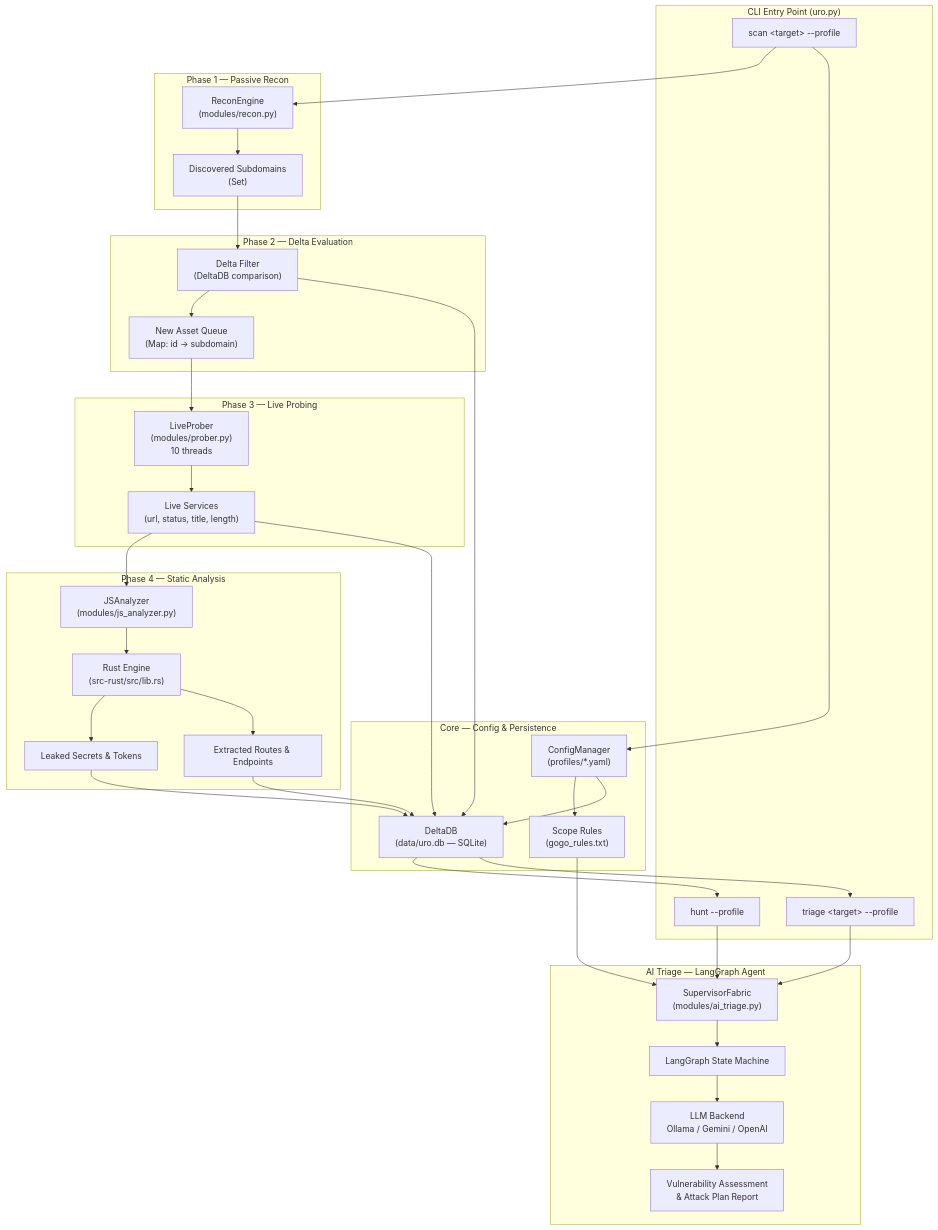
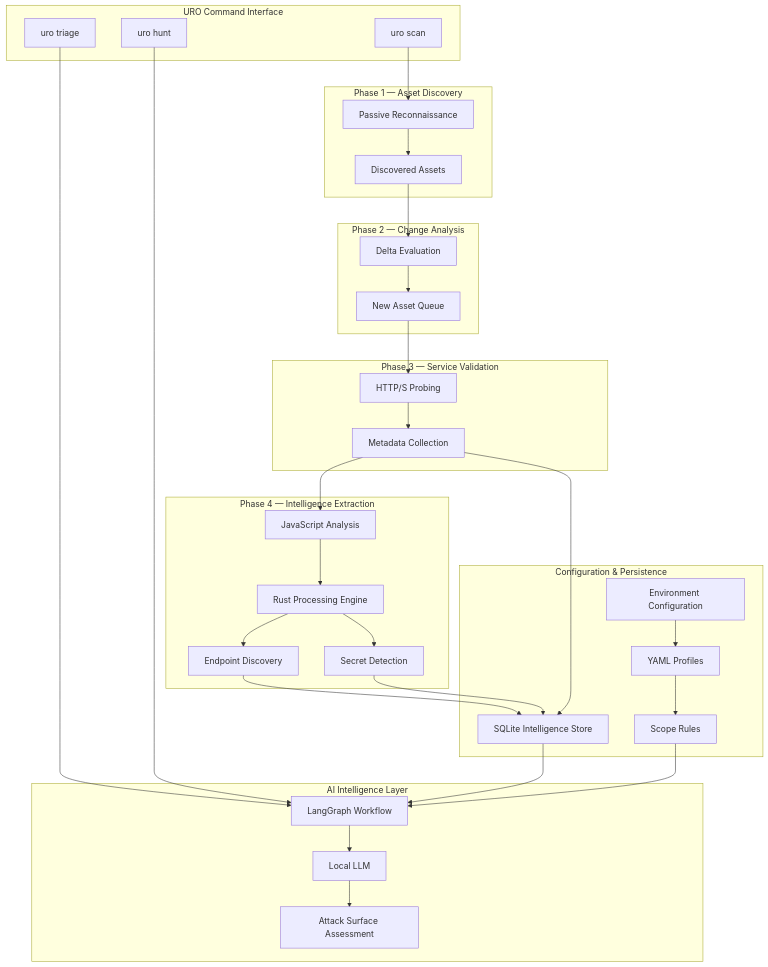
One commit to Atsukiiii01/uro changed the diagram in README.md. Above: the diagram before and after it, drawn with Mermaid. The commit also changed other lines of this file, not shown here.

````diff
--- a/README.md
+++ b/README.md
@@ -69,56 +120,85 @@
 ```mermaid
 flowchart TD
-    subgraph CLI ["CLI Entry Point (uro.py)"]
-        CMD_SCAN["scan &lt;target&gt; --profile"]
-        CMD_TRIAGE["triage &lt;target&gt; --profile"]
-        CMD_HUNT["hunt --profile"]
+
+    subgraph CLI["URO Command Interface"]
+
+        SCAN["uro scan"]
+        TRIAGE["uro triage"]
+        HUNT["uro hunt"]
+
     end
 
-    subgraph CFG ["Core — Config & Persistence"]
-        CM["ConfigManager\n(profiles/*.yaml)"]
-        DB["DeltaDB\n(data/uro.db — SQLite)"]
-        SCOPE["Scope Rules\n(gogo_rules.txt)"]
+    subgraph CONFIG["Configuration & Persistence"]
+
+        ENV["Environment Configuration"]
+        PROFILE["YAML Profiles"]
+        RULES["Scope Rules"]
+        DB["SQLite Intelligence Store"]
+
     end
 
-    subgraph P1 ["Phase 1 — Passive Recon"]
-        RE["ReconEngine\n(modules/recon.py)"]
-        SUBS["Discovered Subdomains\n(Set)"]
+    subgraph RECON["Phase 1 — Asset Discovery"]
+
+        DISCOVER["Passive Reconnaissance"]
+        SUBS["Discovered Assets"]
+
     end
 
-    subgraph P2 ["Phase 2 — Delta Evaluation"]
-        DELTA["Delta Filter\n(DeltaDB comparison)"]
-        NEW["New Asset Queue\n(Map: id → subdomain)"]
+    subgraph DELTA["Phase 2 — Change Analysis"]
+
+        COMPARE["Delta Evaluation"]
+        NEW["New Asset Queue"]
+
     end
 
-    subgraph P3 ["Phase 3 — Live Probing"]
-        LP["LiveProber\n(modules/prober.py)\n10 threads"]
-        LIVE["Live Services\n(url, status, title, length)"]
+    subgraph PROBE["Phase 3 — Service Validation"]
+
+        LIVE["HTTP/S Probing"]
+        META["Metadata Collection"]
+
     end
 
-    subgraph P4 ["Phase 4 — Static Analysis"]
-        JSA["JSAnalyzer\n(modules/js_analyzer.py)"]
-        RUST["Rust Engine\n(src-rust/src/lib.rs)"]
-        PATHS["Extracted Routes & Endpoints"]
-        SECRETS["Leaked Secrets & Tokens"]
+    subgraph ANALYSIS["Phase 4 — Intelligence Extraction"]
+
+        JS["JavaScript Analysis"]
+        RUST["Rust Processing Engine"]
+        ROUTES["Endpoint Discovery"]
+        SECRETS["Secret Detection"]
+
     end
 
-    subgraph AI ["AI Triage — LangGraph Agent"]
-        SF["SupervisorFabric\n(modules/ai_triage.py)"]
-        LG["LangGraph State Machine"]
-        LLM["LLM Backend\nOllama / Gemini / OpenAI"]
-        REPORT["Vulnerability Assessment\n& Attack Plan Report"]
+    subgraph AI["AI Intelligence Layer"]
+
+        GRAPH["LangGraph Workflow"]
+        OLLAMA["Local LLM"]
+        REPORT["Attack Surface Assessment"]
+
     end
 
-    CMD_SCAN --> CM --> DB
-    CM --> SCOPE
-    CMD_SCAN --> RE --> SUBS --> DELTA
-    DELTA --> DB
-    DELTA --> NEW --> LP --> LIVE
-    LIVE --> DB
-    LIVE --> JSA --> RUST
-    RUST --> PATHS --> DB
-    RUST --> SECRETS --> DB
-    DB --> CMD_TRIAGE --> SF
-    DB --> CMD_HUNT --> SF
-    SCOPE --> SF --> LG --> LLM --> REPORT
+    SCAN --> DISCOVER
+    DISCOVER --> SUBS
+    SUBS --> COMPARE
+    COMPARE --> NEW
+    NEW --> LIVE
+    LIVE --> META
+    META --> JS
+    JS --> RUST
+    RUST --> ROUTES
+    RUST --> SECRETS
+
+    ROUTES --> DB
+    SECRETS --> DB
+    META --> DB
+
+    TRIAGE --> GRAPH
+    HUNT --> GRAPH
+
+    DB --> GRAPH
+    RULES --> GRAPH
+    GRAPH --> OLLAMA
+    OLLAMA --> REPORT
+
+    ENV --> PROFILE
+    PROFILE --> RULES
+
 ```
````
